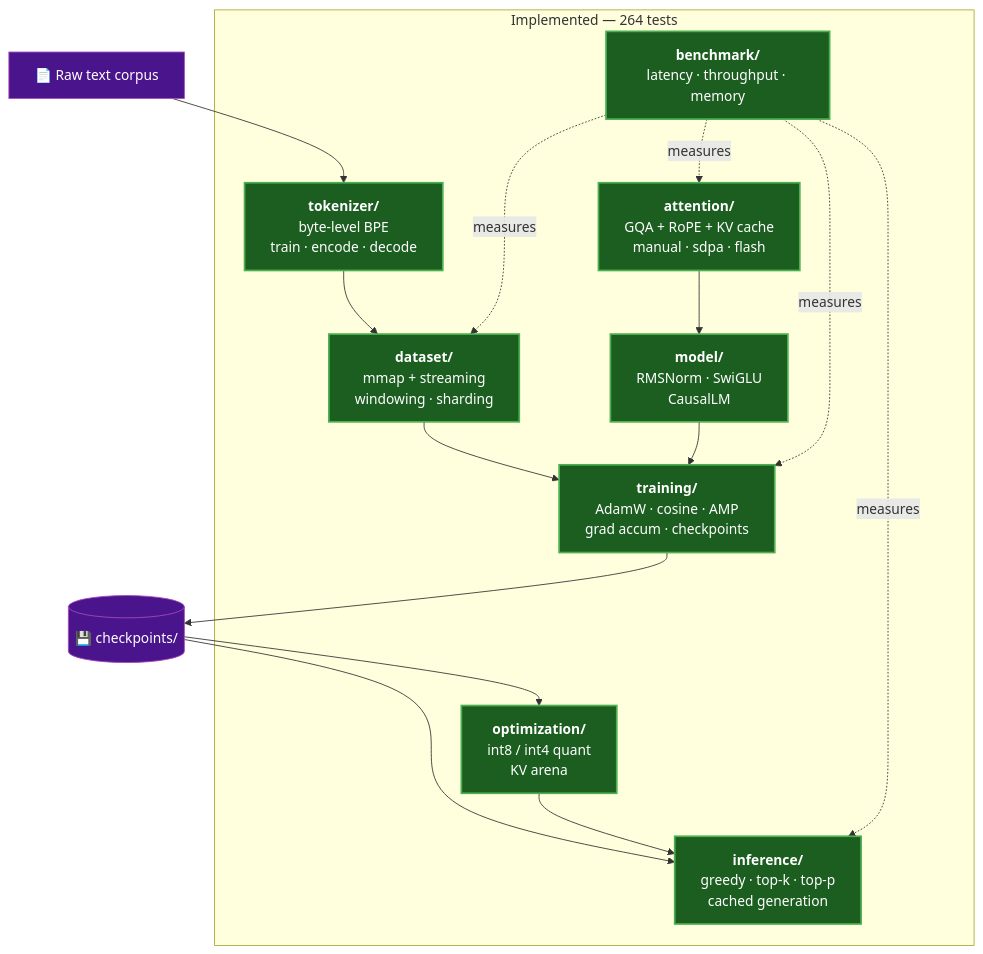
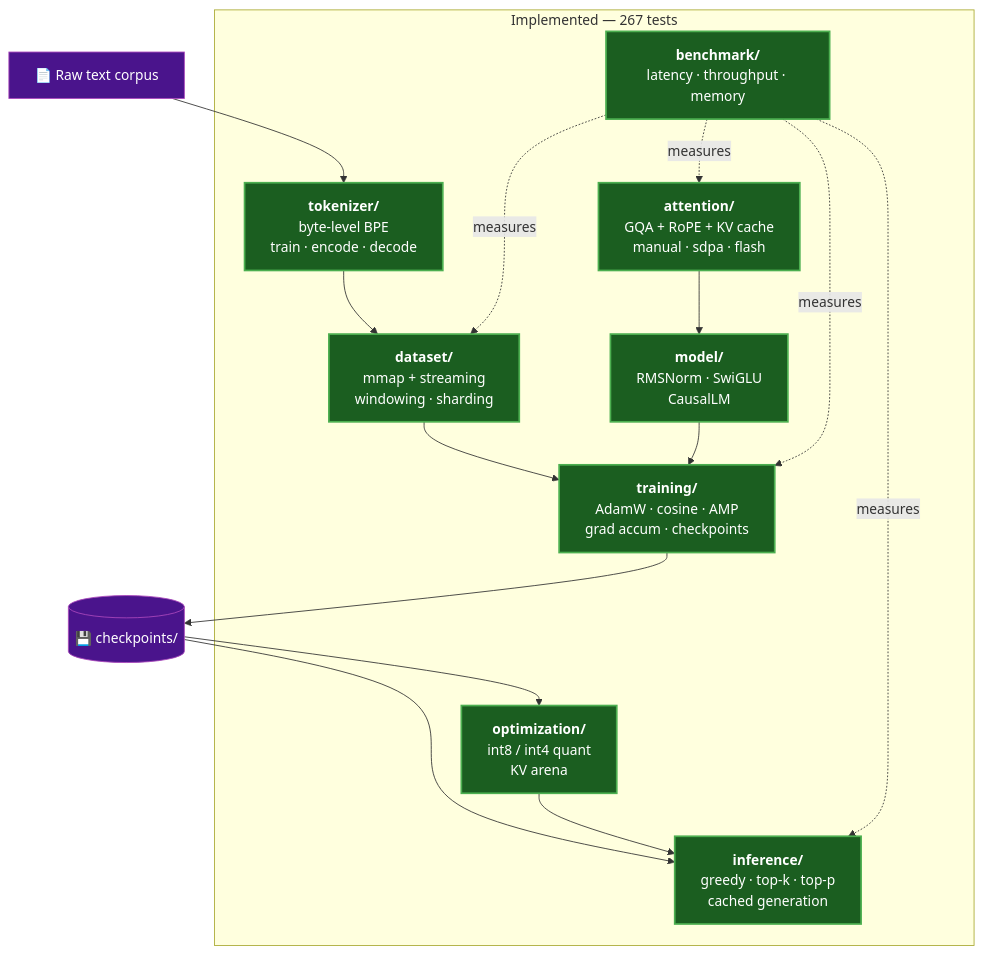
One commit to 555aaditya/Language-Model changed the first of 7 diagrams in README.md. Above: the diagram before and after it, drawn with Mermaid. The commit also changed other lines of this file and 4 other files, not shown here.

````diff
--- a/README.md
+++ b/README.md
@@ -32,32 +32,32 @@
 ```mermaid
 flowchart TB
     RAW["📄 Raw text corpus"]
 
-    subgraph BUILT ["Implemented — 264 tests"]
+    subgraph BUILT ["Implemented — 267 tests"]
         TOK["<b>tokenizer/</b><br/>byte-level BPE<br/>train · encode · decode"]
         DS["<b>dataset/</b><br/>mmap + streaming<br/>windowing · sharding"]
         ATT["<b>attention/</b><br/>GQA + RoPE + KV cache<br/>manual · sdpa · flash"]
         MODEL["<b>model/</b><br/>RMSNorm · SwiGLU<br/>CausalLM"]
         TRAIN["<b>training/</b><br/>AdamW · cosine · AMP<br/>grad accum · checkpoints"]
         INFER["<b>inference/</b><br/>greedy · top-k · top-p<br/>cached generation"]
         OPT["<b>optimization/</b><br/>int8 / int4 quant<br/>KV arena"]
         BENCH["<b>benchmark/</b><br/>latency · throughput · memory"]
     end
 
     CKPT[("💾 checkpoints/")]
 
     RAW --> TOK --> DS --> TRAIN
     ATT --> MODEL --> TRAIN
     TRAIN --> CKPT --> INFER
     CKPT --> OPT --> INFER
     BENCH -.measures.-> DS
     BENCH -.measures.-> ATT
     BENCH -.measures.-> TRAIN
     BENCH -.measures.-> INFER
 
     classDef done fill:#1b5e20,stroke:#4CAF50,stroke-width:2px,color:#fff
     classDef todo fill:#37474f,stroke:#78909c,stroke-width:1px,color:#cfd8dc,stroke-dasharray: 4 4
     classDef store fill:#4a148c,stroke:#ab47bc,color:#fff
     class TOK,DS,ATT,MODEL,TRAIN,INFER,OPT,BENCH done
     class CKPT,RAW store
 ```
````
